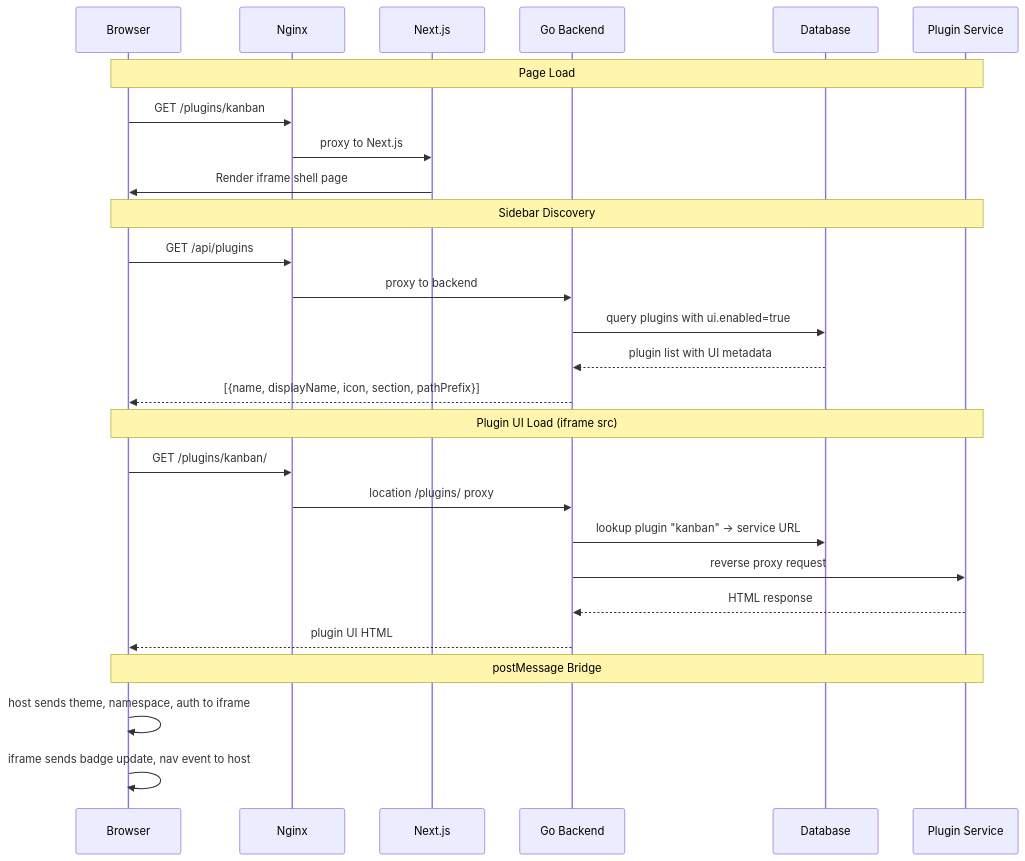
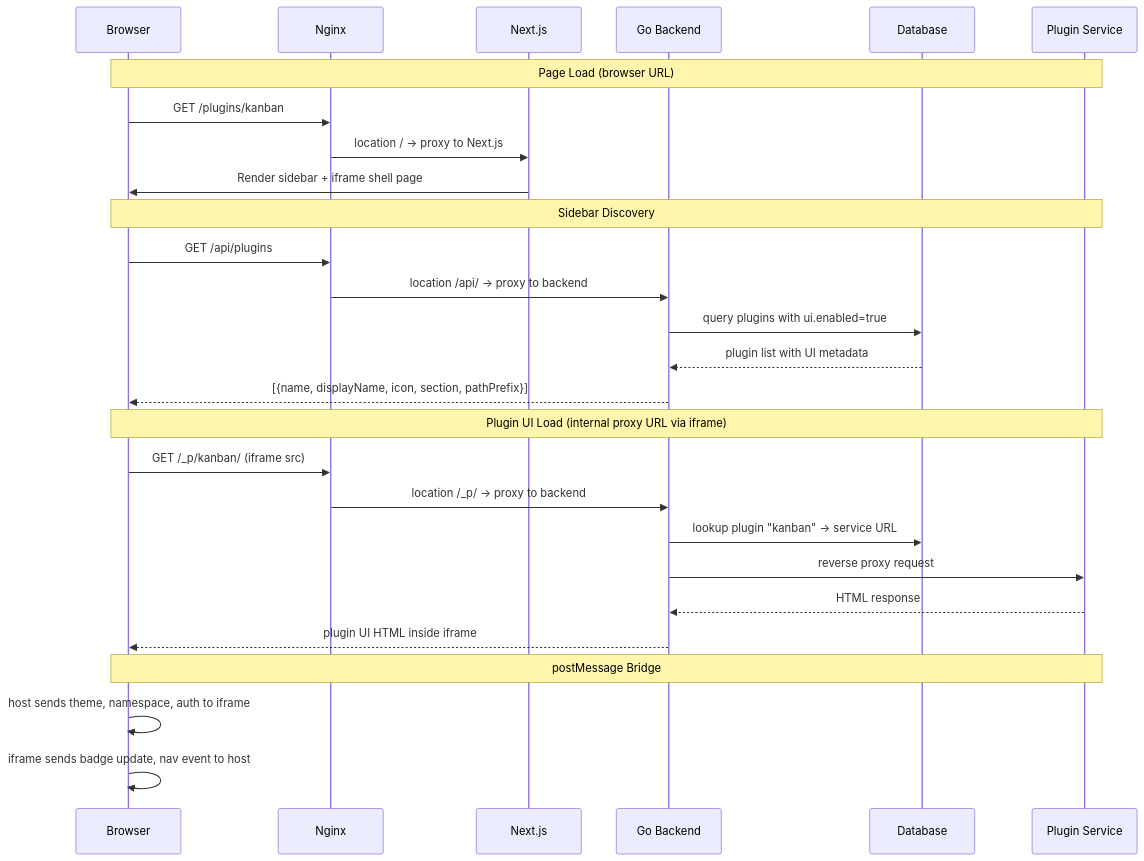
One commit to kagent-dev/kagent changed the second of 2 diagrams in specs/dynamic-mcp-ui-routing/design.md. Above: the diagram before and after it, drawn with Mermaid. The commit also changed other lines of this file and 21 other files, not shown here.

````diff
--- a/specs/dynamic-mcp-ui-routing/design.md
+++ b/specs/dynamic-mcp-ui-routing/design.md
@@ -66,33 +68,33 @@
 ```mermaid
 sequenceDiagram
     participant B as Browser
     participant N as Nginx
     participant UI as Next.js
     participant Go as Go Backend
     participant DB as Database
     participant P as Plugin Service
 
-    Note over B,P: Page Load
+    Note over B,P: Page Load (browser URL)
     B->>N: GET /plugins/kanban
-    N->>UI: proxy to Next.js
-    UI->>B: Render iframe shell page
+    N->>UI: location / → proxy to Next.js
+    UI->>B: Render sidebar + iframe shell page
 
     Note over B,P: Sidebar Discovery
     B->>N: GET /api/plugins
-    N->>Go: proxy to backend
+    N->>Go: location /api/ → proxy to backend
     Go->>DB: query plugins with ui.enabled=true
     DB-->>Go: plugin list with UI metadata
     Go-->>B: [{name, displayName, icon, section, pathPrefix}]
 
-    Note over B,P: Plugin UI Load (iframe src)
-    B->>N: GET /plugins/kanban/
-    N->>Go: location /plugins/ proxy
+    Note over B,P: Plugin UI Load (internal proxy URL via iframe)
+    B->>N: GET /_p/kanban/ (iframe src)
+    N->>Go: location /_p/ → proxy to backend
     Go->>DB: lookup plugin "kanban" → service URL
     Go->>P: reverse proxy request
     P-->>Go: HTML response
-    Go-->>B: plugin UI HTML
+    Go-->>B: plugin UI HTML inside iframe
 
     Note over B,P: postMessage Bridge
     B->>B: host sends theme, namespace, auth to iframe
     B->>B: iframe sends badge update, nav event to host
 ```
````
